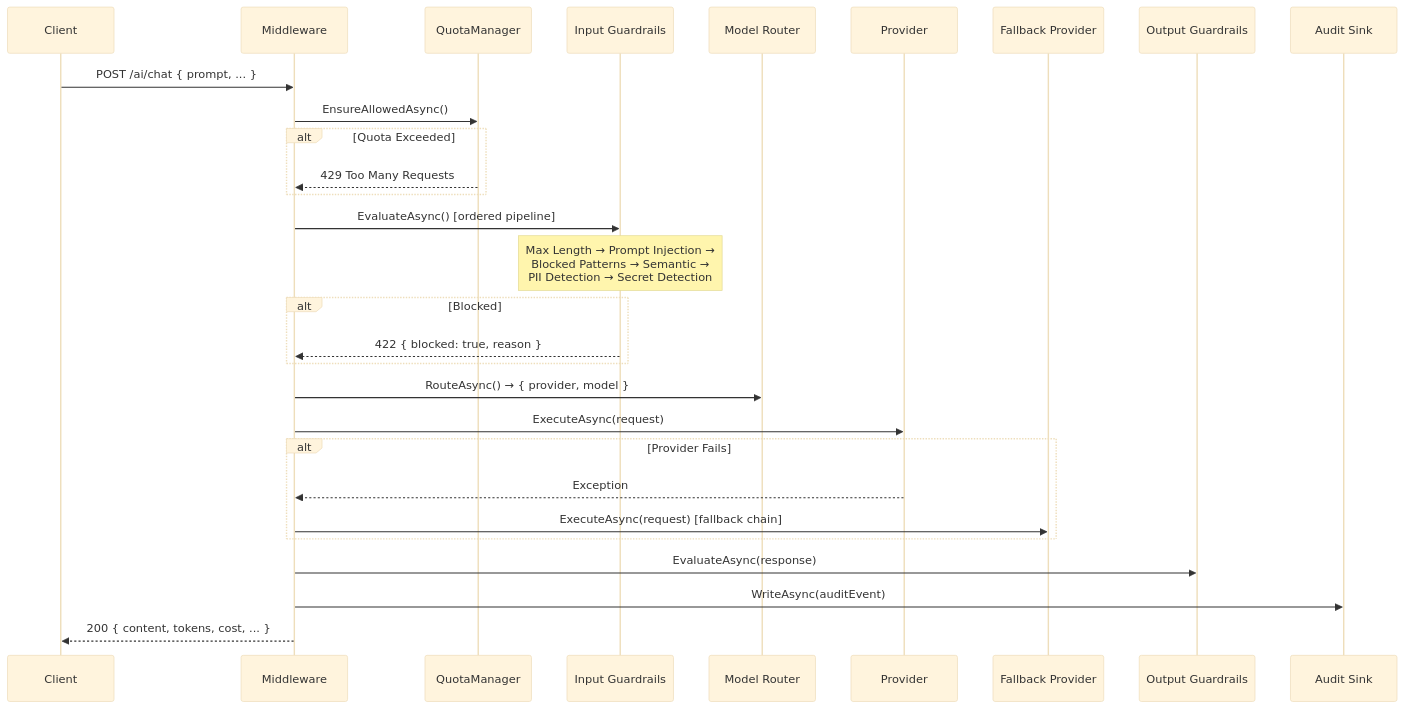
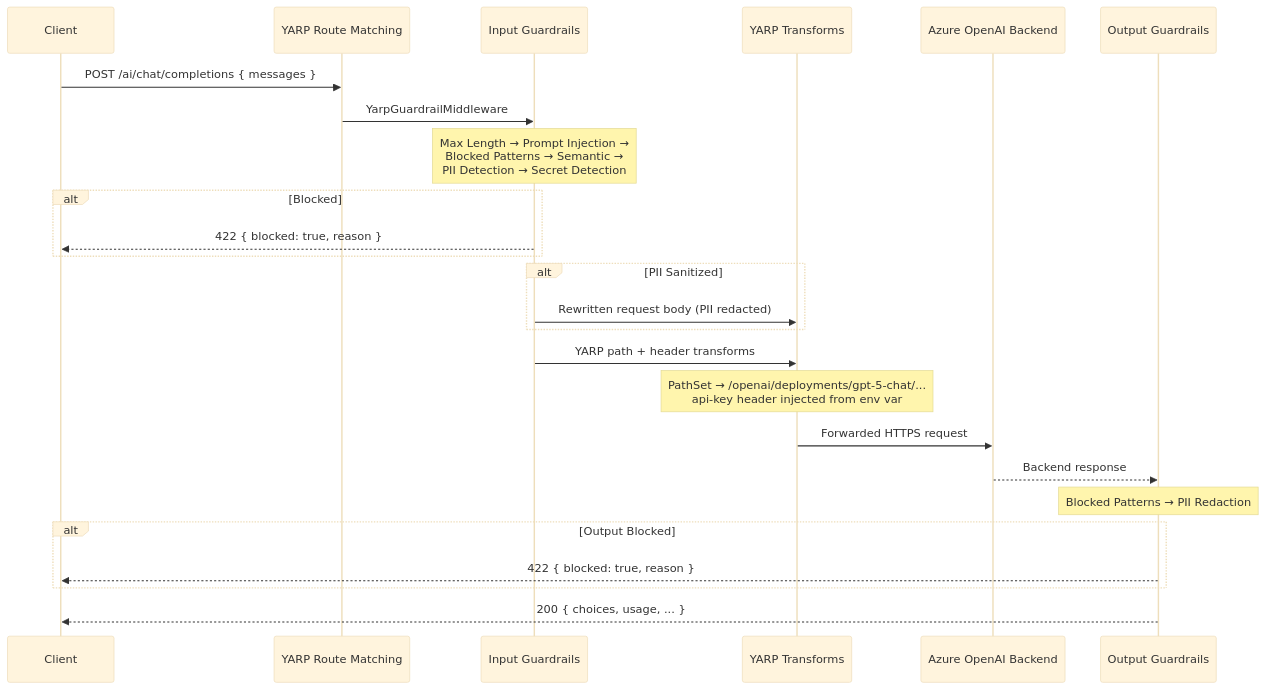
The third of 8 diagrams in README.md (jmfloreszazo/yarp_aigateway), drawn with Mermaid (base theme) before and after one commit. The commit also changed other lines of this file and 5 other files, not shown here.

````diff
--- a/README.md
+++ b/README.md
@@ -142,32 +144,28 @@
 ```mermaid
 sequenceDiagram
     participant C as Client
-    participant M as Middleware
-    participant Q as QuotaManager
+    participant Y as YARP Route Matching
     participant IG as Input Guardrails
-    participant R as Model Router
-    participant P as Provider
-    participant FP as Fallback Provider
+    participant T as YARP Transforms
+    participant B as Azure OpenAI Backend
     participant OG as Output Guardrails
-    participant A as Audit Sink
 
-    C->>M: POST /ai/chat { prompt, ... }
-    M->>Q: EnsureAllowedAsync()
-    alt Quota Exceeded
-        Q-->>M: 429 Too Many Requests
-    end
-    M->>IG: EvaluateAsync() [ordered pipeline]
+    C->>Y: POST /ai/chat/completions { messages }
+    Y->>IG: YarpGuardrailMiddleware
     Note over IG: Max Length → Prompt Injection →<br/>Blocked Patterns → Semantic →<br/>PII Detection → Secret Detection
     alt Blocked
-        IG-->>M: 422 { blocked: true, reason }
+        IG-->>C: 422 { blocked: true, reason }
     end
-    M->>R: RouteAsync() → { provider, model }
-    M->>P: ExecuteAsync(request)
-    alt Provider Fails
-        P-->>M: Exception
-        M->>FP: ExecuteAsync(request) [fallback chain]
+    alt PII Sanitized
+        IG->>T: Rewritten request body (PII redacted)
     end
-    M->>OG: EvaluateAsync(response)
-    M->>A: WriteAsync(auditEvent)
-    M-->>C: 200 { content, tokens, cost, ... }
+    IG->>T: YARP path + header transforms
+    Note over T: PathSet → /openai/deployments/gpt-5-chat/...<br/>api-key header injected from env var
+    T->>B: Forwarded HTTPS request
+    B-->>OG: Backend response
+    Note over OG: Blocked Patterns → PII Redaction
+    alt Output Blocked
+        OG-->>C: 422 { blocked: true, reason }
+    end
+    OG-->>C: 200 { choices, usage, ... }
 ```
````
